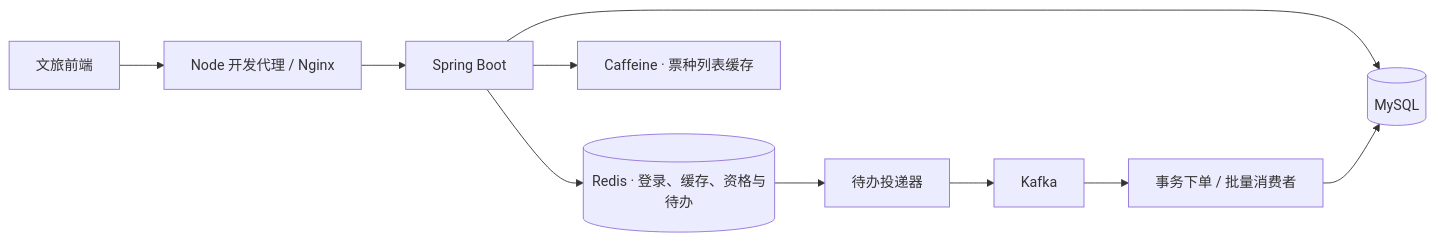
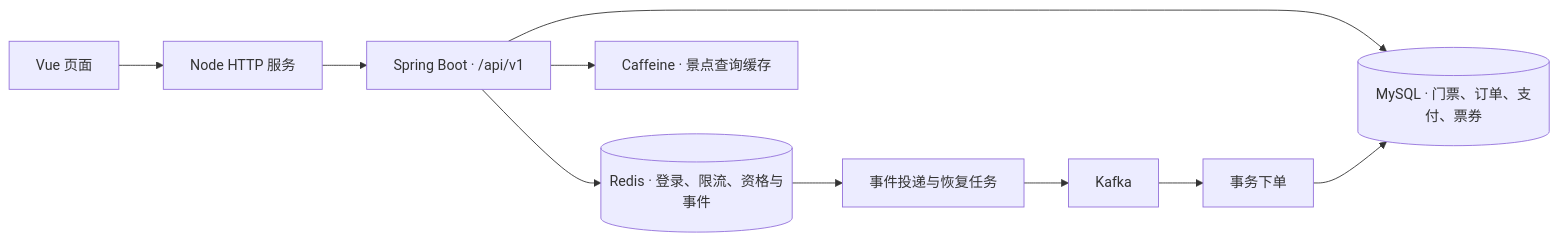
One commit to khanvhujil-byte/jingyue changed the diagram in README.md. Above: the diagram before and after it, drawn with Mermaid. The commit also changed other lines of this file and 303 other files, not shown here.

````diff
--- a/README.md
+++ b/README.md
@@ -37,12 +35,12 @@
 ```mermaid
 flowchart LR
-    UI[文旅前端] --> Proxy[Node 开发代理 / Nginx]
-    Proxy --> API[Spring Boot]
-    API --> DB[(MySQL)]
-    API --> Redis[(Redis · 登录、缓存、资格与待办)]
-    Redis --> Relay[待办投递器]
-    Relay --> Kafka[Kafka]
-    Kafka --> Writer[事务下单 / 批量消费者]
-    Writer --> DB
-    API --> Cache[Caffeine · 票种列表缓存]
+    Web[Vue 页面] --> Proxy[Node HTTP 服务]
+    Proxy --> API[Spring Boot · /api/v1]
+    API --> Redis[(Redis · 登录、限流、资格与事件)]
+    API --> MySQL[(MySQL · 门票、订单、支付、票券)]
+    Redis --> Publisher[事件投递与恢复任务]
+    Publisher --> Kafka[Kafka]
+    Kafka --> Writer[事务下单]
+    Writer --> MySQL
+    API --> Cache[Caffeine · 景点查询缓存]
 ```
````
